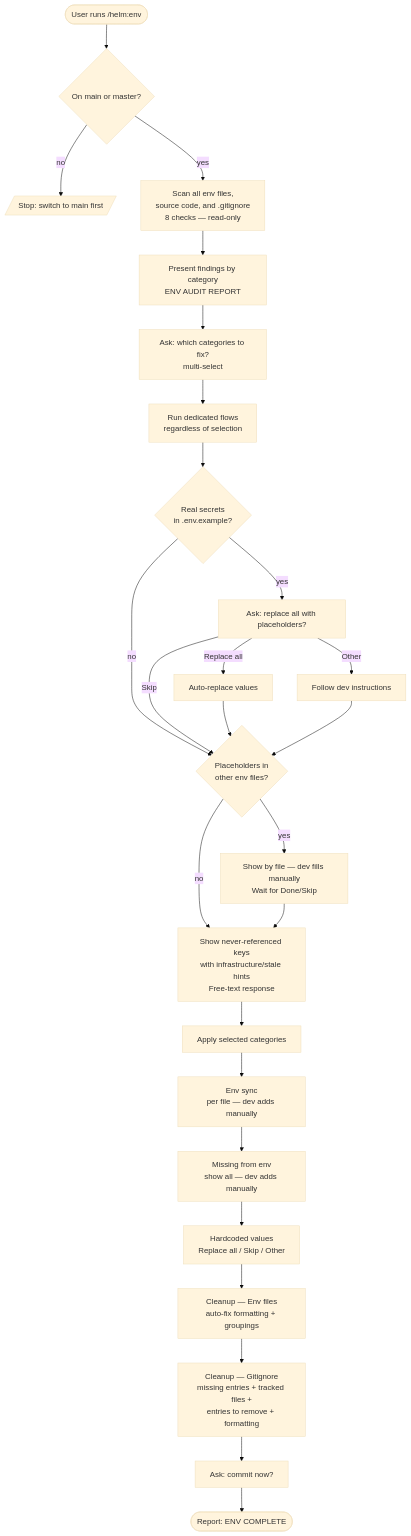
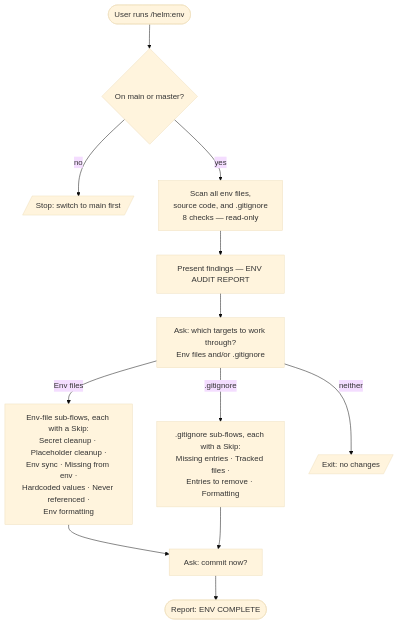
One commit to myowinthein/agent-helm changed the diagram in docs/commands/env.md. Above: the diagram before and after it, drawn with Mermaid (base theme). The commit also changed other lines of this file and 1 other file, not shown here.

First line of the commit message:
refactor(env): group the fix multi-select into two targets

````diff
--- a/docs/commands/env.md
+++ b/docs/commands/env.md
@@ -13,37 +13,17 @@
 ```mermaid
 flowchart TD
   Start([User runs /helm:env]) --> Branch{On main or master?}
   Branch -->|no| Stop[/Stop: switch to main first/]
   Branch -->|yes| Scan[Scan all env files,<br/>source code, and .gitignore<br/>8 checks — read-only]
 
-  Scan --> Report[Present findings by category<br/>ENV AUDIT REPORT]
-  Report --> Ask[Ask: which categories to fix?<br/>multi-select]
+  Scan --> Report[Present findings — ENV AUDIT REPORT]
+  Report --> Ask[Ask: which targets to work through?<br/>Env files and/or .gitignore]
 
-  Ask --> Dedicated[Run dedicated flows<br/>regardless of selection]
-  Dedicated --> SecretCleanup{Real secrets<br/>in .env.example?}
-  SecretCleanup -->|yes| ReplaceAsk[Ask: replace all with placeholders?]
-  SecretCleanup -->|no| PlaceholderCheck
+  Ask -->|Env files| EnvFlows[Env-file sub-flows, each with a Skip:<br/>Secret cleanup · Placeholder cleanup ·<br/>Env sync · Missing from env ·<br/>Hardcoded values · Never referenced ·<br/>Env formatting]
+  Ask -->|.gitignore| GitFlows[.gitignore sub-flows, each with a Skip:<br/>Missing entries · Tracked files ·<br/>Entries to remove · Formatting]
+  Ask -->|neither| SkipExit[/Exit: no changes/]
 
-  ReplaceAsk -->|Replace all| AutoReplace[Auto-replace values]
-  ReplaceAsk -->|Other| PartialReplace[Follow dev instructions]
-  ReplaceAsk -->|Skip| PlaceholderCheck
-  AutoReplace --> PlaceholderCheck
-  PartialReplace --> PlaceholderCheck
-
-  PlaceholderCheck{Placeholders in<br/>other env files?}
-  PlaceholderCheck -->|yes| ShowPlaceholders[Show by file — dev fills manually<br/>Wait for Done/Skip]
-  PlaceholderCheck -->|no| NeverRef
-  ShowPlaceholders --> NeverRef
-
-  NeverRef[Show never-referenced keys<br/>with infrastructure/stale hints<br/>Free-text response]
-  NeverRef --> Selected[Apply selected categories]
-
-  Selected --> EnvSync[Env sync<br/>per file — dev adds manually]
-  EnvSync --> MissingEnv[Missing from env<br/>show all — dev adds manually]
-  MissingEnv --> Hardcoded[Hardcoded values<br/>Replace all / Skip / Other]
-  Hardcoded --> CleanupEnv[Cleanup — Env files<br/>auto-fix formatting + groupings]
-  CleanupEnv --> CleanupGit[Cleanup — Gitignore<br/>missing entries + tracked files +<br/>entries to remove + formatting]
-
-  CleanupGit --> Commit[Ask: commit now?]
+  EnvFlows --> Commit[Ask: commit now?]
+  GitFlows --> Commit
   Commit --> Done([Report: ENV COMPLETE])
 ```
````
